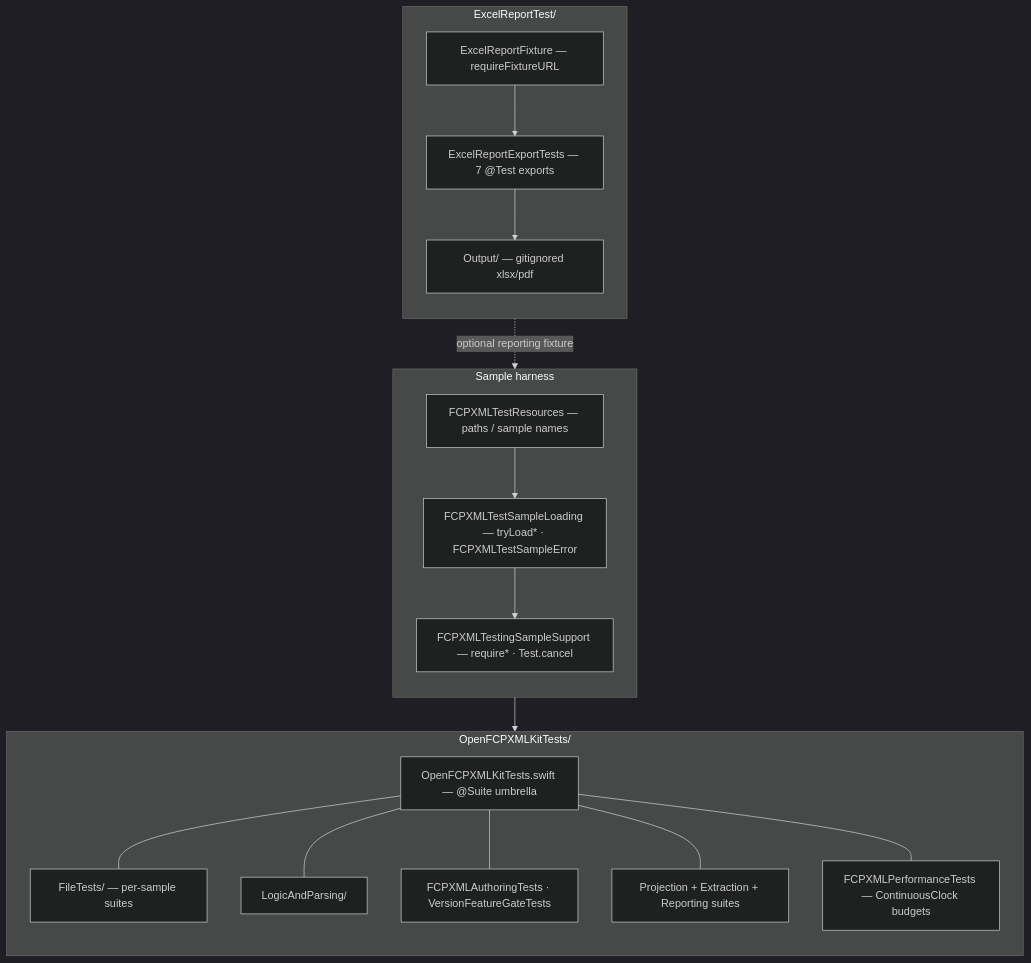
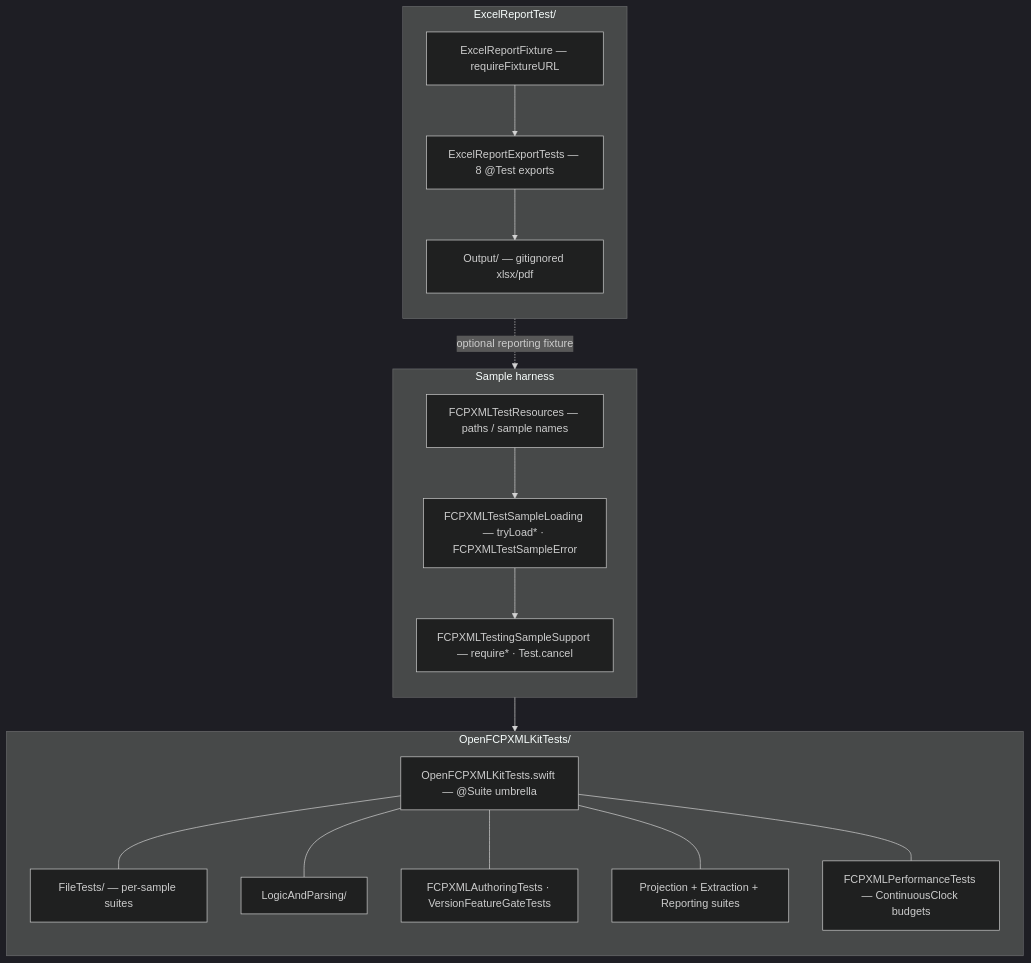
The second of 6 diagrams in ARCHITECTURE.md (TheAcharya/OpenFCPXMLKit), drawn with Mermaid (dark theme) before and after one commit. The commit also changed other lines of this file and 25 other files, not shown here.

````diff
--- a/ARCHITECTURE.md
+++ b/ARCHITECTURE.md
@@ -236,36 +236,36 @@
 ```mermaid
 flowchart TB
     subgraph HARNESS["Sample harness"]
         direction TB
         RES["FCPXMLTestResources — paths / sample names"]
         LOAD["FCPXMLTestSampleLoading — tryLoad* · FCPXMLTestSampleError"]
         REQ["FCPXMLTestingSampleSupport — require* · Test.cancel"]
         RES --> LOAD --> REQ
     end
 
     subgraph OKT_TREE["OpenFCPXMLKitTests/"]
         direction TB
         UMB["OpenFCPXMLKitTests.swift — @Suite umbrella"]
         FILE["FileTests/ — per-sample suites"]
         LOGIC["LogicAndParsing/"]
         AUTH["FCPXMLAuthoringTests · VersionFeatureGateTests"]
         PROJ["Projection + Extraction + Reporting suites"]
         PERF["FCPXMLPerformanceTests — ContinuousClock budgets"]
         UMB --- FILE
         UMB --- LOGIC
         UMB --- AUTH
         UMB --- PROJ
         UMB --- PERF
     end
 
     subgraph ERT_TREE["ExcelReportTest/"]
         direction TB
         FIX["ExcelReportFixture — requireFixtureURL"]
-        EXP["ExcelReportExportTests — 7 @Test exports"]
+        EXP["ExcelReportExportTests — 8 @Test exports"]
         OUT["Output/ — gitignored xlsx/pdf"]
         FIX --> EXP --> OUT
     end
 
     HARNESS --> OKT_TREE
     FIX -.->|"optional reporting fixture"| HARNESS
 ```
````
